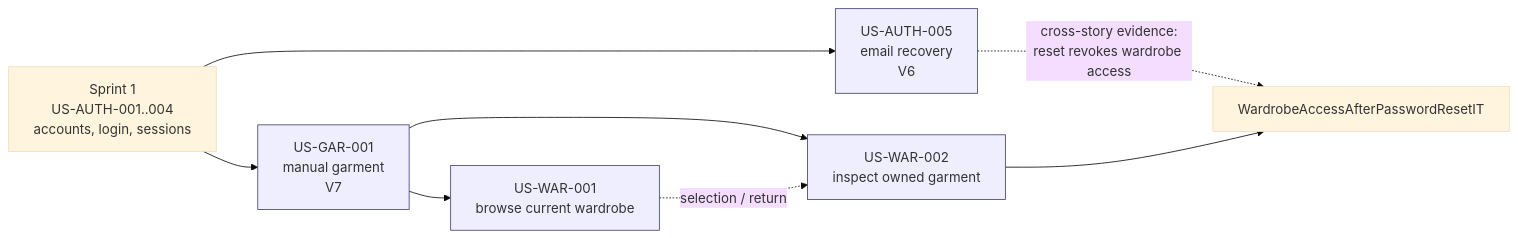
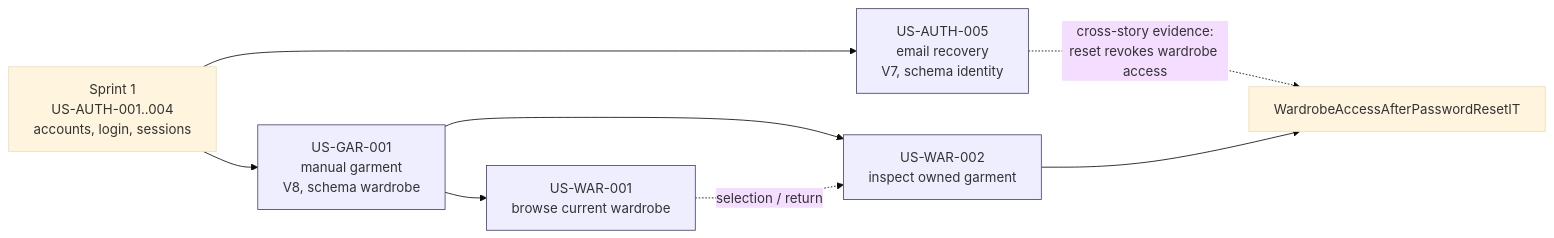
Before and after one commit to luubinhdeptrai/CapsuleAI: the diagram in docs/06-scrum/sprints/sprint-02/implementation-guides/README.md, drawn with Mermaid (base theme). The commit also changed other lines of this file and 51 other files, not shown here.

Commit message:
add schema per context boundary rule

````diff
--- a/docs/06-scrum/sprints/sprint-02/implementation-guides/README.md
+++ b/docs/06-scrum/sprints/sprint-02/implementation-guides/README.md
@@ -116,12 +128,12 @@
 ```mermaid
 flowchart LR
-    s1[Sprint 1<br/>US-AUTH-001..004<br/>accounts, login, sessions] --> a5[US-AUTH-005<br/>email recovery<br/>V6]
-    s1 --> g1[US-GAR-001<br/>manual garment<br/>V7]
+    s1[Sprint 1<br/>US-AUTH-001..004<br/>accounts, login, sessions] --> a5[US-AUTH-005<br/>email recovery<br/>V7, schema identity]
+    s1 --> g1[US-GAR-001<br/>manual garment<br/>V8, schema wardrobe]
     g1 --> w1[US-WAR-001<br/>browse current wardrobe]
     g1 --> w2[US-WAR-002<br/>inspect owned garment]
     w1 -. selection / return .-> w2
     a5 -. cross-story evidence:<br/>reset revokes wardrobe access .-> x[WardrobeAccessAfterPasswordResetIT]
     w2 --> x
     classDef story fill:#eef,stroke:#447
     class a5,g1,w1,w2 story
 ```
````
